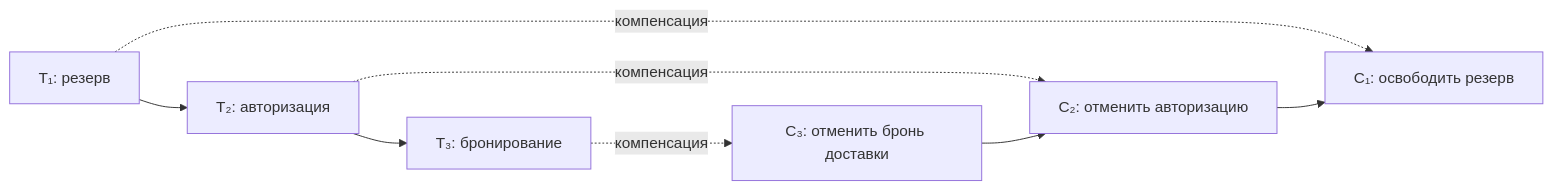
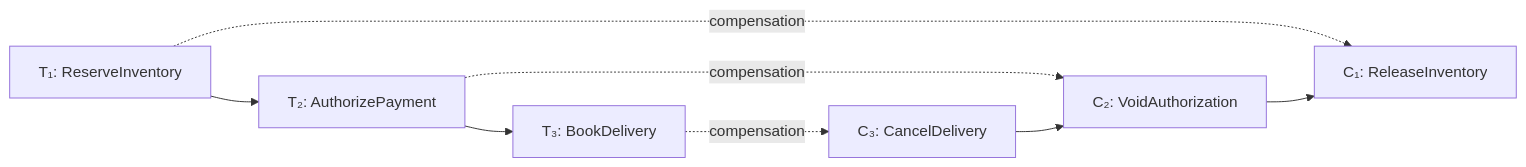
One commit to UsingCoding/rp-slides changed the diagram in lectures/01-saga-intro/sections/03-saga.md. Above: the diagram before and after it, drawn with Mermaid. The commit also changed other lines of this file and 16 other files, not shown here.

````diff
--- a/lectures/01-saga-intro/sections/03-saga.md
+++ b/lectures/01-saga-intro/sections/03-saga.md
@@ -24,8 +25,8 @@
 ```mermaid
 flowchart LR
-    T1[T₁: резерв] --> T2[T₂: авторизация] --> T3[T₃: бронирование]
-    T1 -. компенсация .-> C1[C₁: освободить резерв]
-    T2 -. компенсация .-> C2[C₂: отменить авторизацию]
-    T3 -. компенсация .-> C3[C₃: отменить бронь доставки]
+    T1[T₁: ReserveInventory] --> T2[T₂: AuthorizePayment] --> T3[T₃: BookDelivery]
+    T1 -. compensation .-> C1[C₁: ReleaseInventory]
+    T2 -. compensation .-> C2[C₂: VoidAuthorization]
+    T3 -. compensation .-> C3[C₃: CancelDelivery]
     C3 --> C2 --> C1
 ```
````
